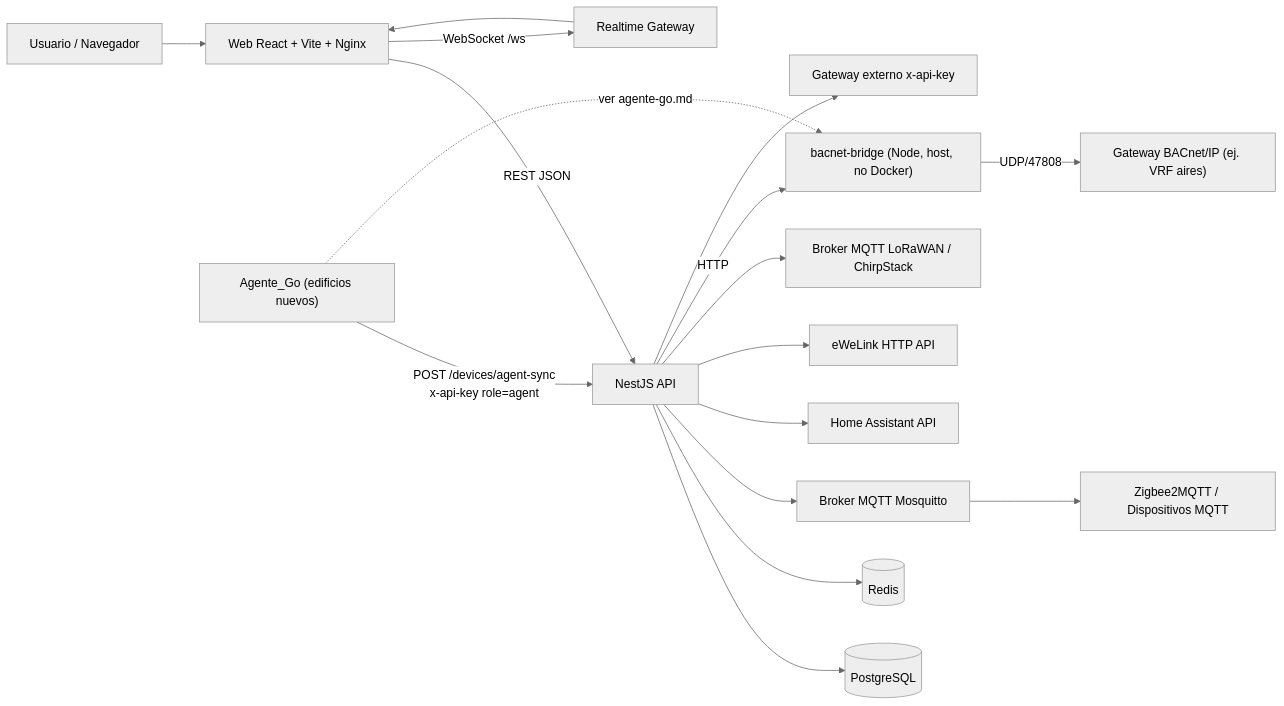
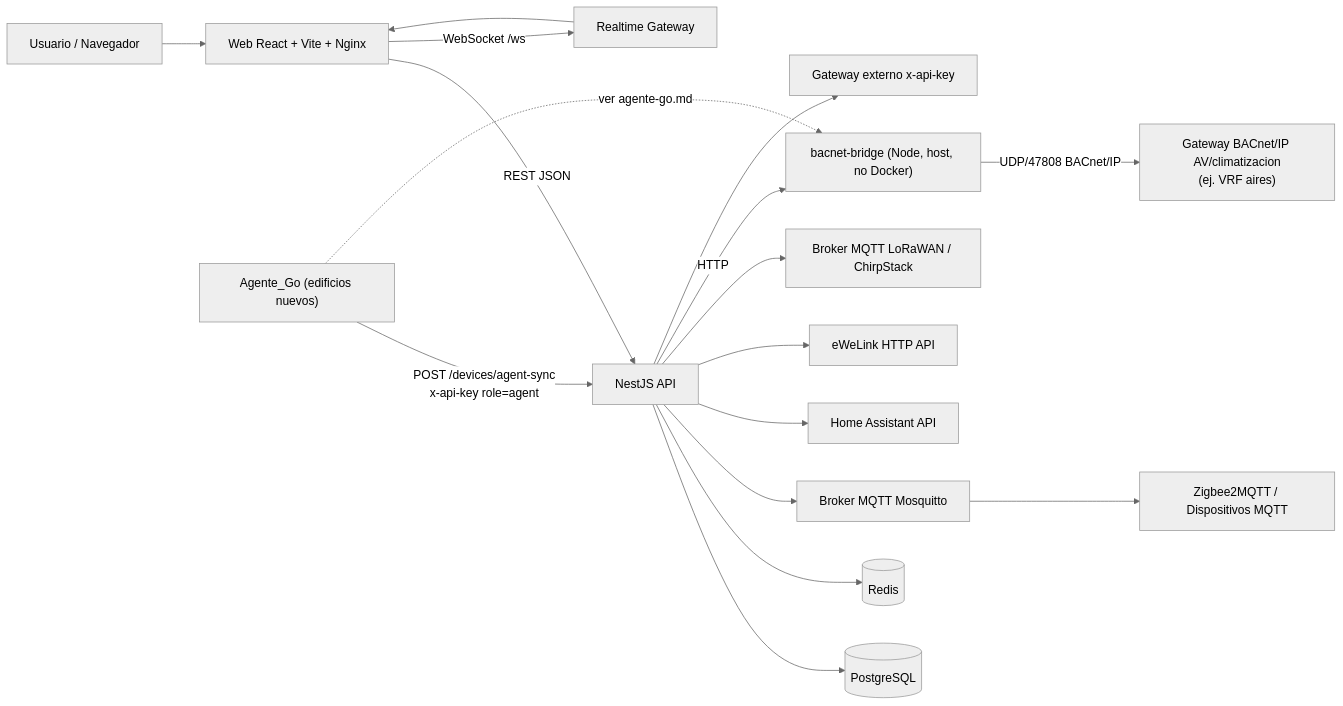
The first of 4 diagrams in docs/architecture.md (carlosh2388/controlia-nexo-smart), drawn with Mermaid (neutral theme) before and after one commit. The commit also changed other lines of this file, not shown here.

Commit message:
Document BACnet AV protocol architecture

````diff
--- a/docs/architecture.md
+++ b/docs/architecture.md
@@ -9,20 +9,20 @@
 ```mermaid
 flowchart LR
   U[Usuario / Navegador] --> W[Web React + Vite + Nginx]
   W -->|REST JSON| A[NestJS API]
   W -->|WebSocket /ws| RT[Realtime Gateway]
   A --> P[(PostgreSQL)]
   A --> R[(Redis)]
   A --> M[Broker MQTT Mosquitto]
   A --> HA[Home Assistant API]
   A --> EW[eWeLink HTTP API]
   A --> LW[Broker MQTT LoRaWAN / ChirpStack]
   A -->|HTTP| BB["bacnet-bridge (Node, host, no Docker)"]
-  BB -->|UDP/47808| BAC["Gateway BACnet/IP (ej. VRF aires)"]
+  BB -->|UDP/47808 BACnet/IP| BAC["Gateway BACnet/IP AV/climatizacion\n(ej. VRF aires)"]
   A --> EXT[Gateway externo x-api-key]
   M --> Z2M[Zigbee2MQTT / Dispositivos MQTT]
   RT --> W
 
   AG["Agente_Go (edificios nuevos)"] -->|"POST /devices/agent-sync\nx-api-key role=agent"| A
   AG -.->|"ver agente-go.md"| BB
 ```
````
